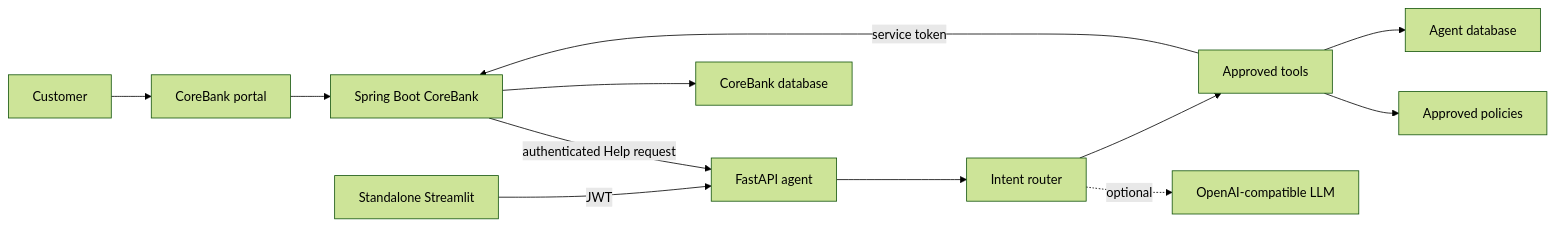
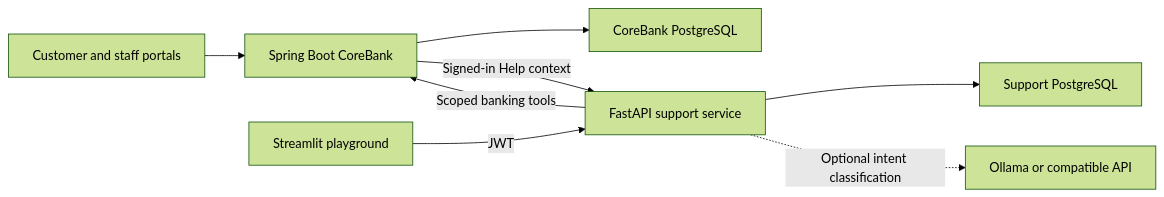
The diagram in README.md (SsK-981/corebank-ai-banking-platform), drawn with Mermaid (forest theme) before and after one commit. The commit also changed other lines of this file and 14 other files, not shown here.

Commit message:
Polish CoreBank Help and document the full demo

````diff
--- a/README.md
+++ b/README.md
@@ -61,14 +86,10 @@
 ```mermaid
 flowchart LR
-    C["Customer"] --> UI["CoreBank portal"]
-    UI --> CB["Spring Boot CoreBank"]
-    CB -->|"authenticated Help request"| AI["FastAPI agent"]
-    S["Standalone Streamlit"] -->|"JWT"| AI
-    AI --> R["Intent router"]
-    R -. "optional" .-> LLM["OpenAI-compatible LLM"]
-    R --> T["Approved tools"]
-    T -->|"service token"| CB
-    T --> FAQ["Approved policies"]
-    T --> ADB["Agent database"]
-    CB --> CDB["CoreBank database"]
+    Portal["Customer and staff portals"] --> Bank["Spring Boot CoreBank"]
+    Bank --> BankDB["CoreBank PostgreSQL"]
+    Bank -->|"Signed-in Help context"| Agent["FastAPI support service"]
+    Playground["Streamlit playground"] -->|"JWT"| Agent
+    Agent --> State["Support PostgreSQL"]
+    Agent -->|"Scoped banking tools"| Bank
+    Agent -. "Optional intent classification" .-> Model["Ollama or compatible API"]
 ```
````
